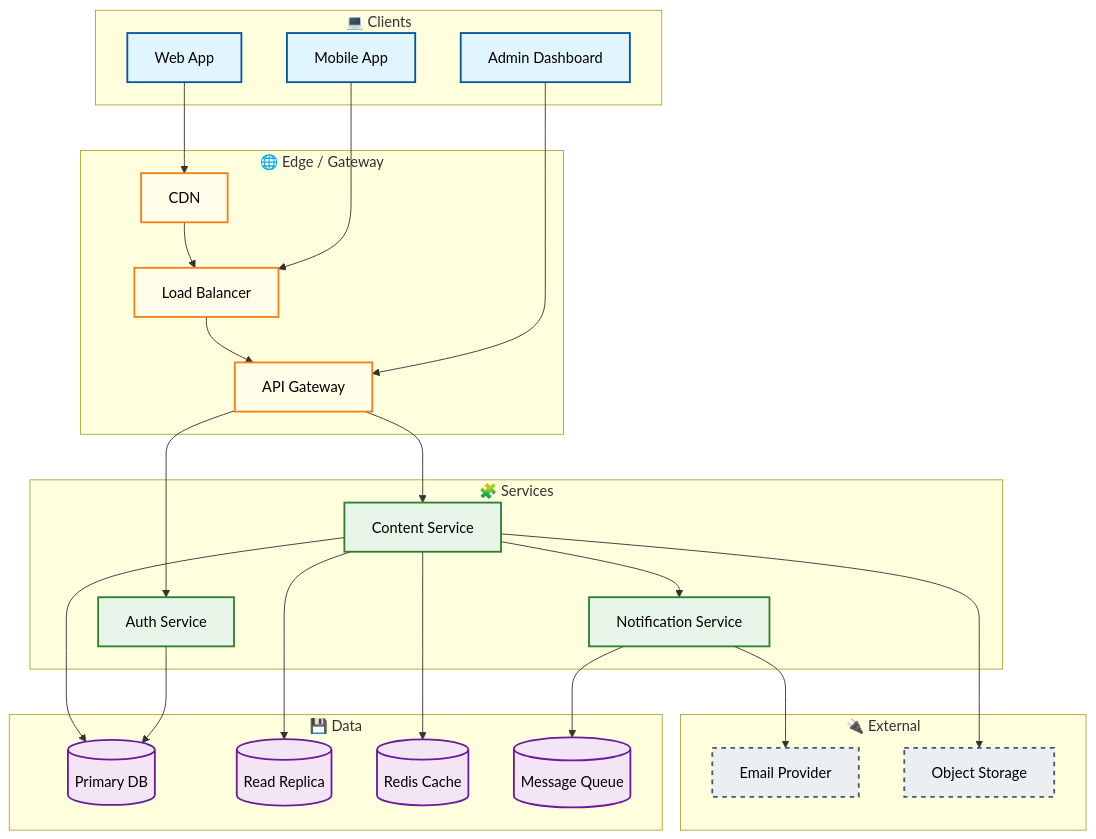
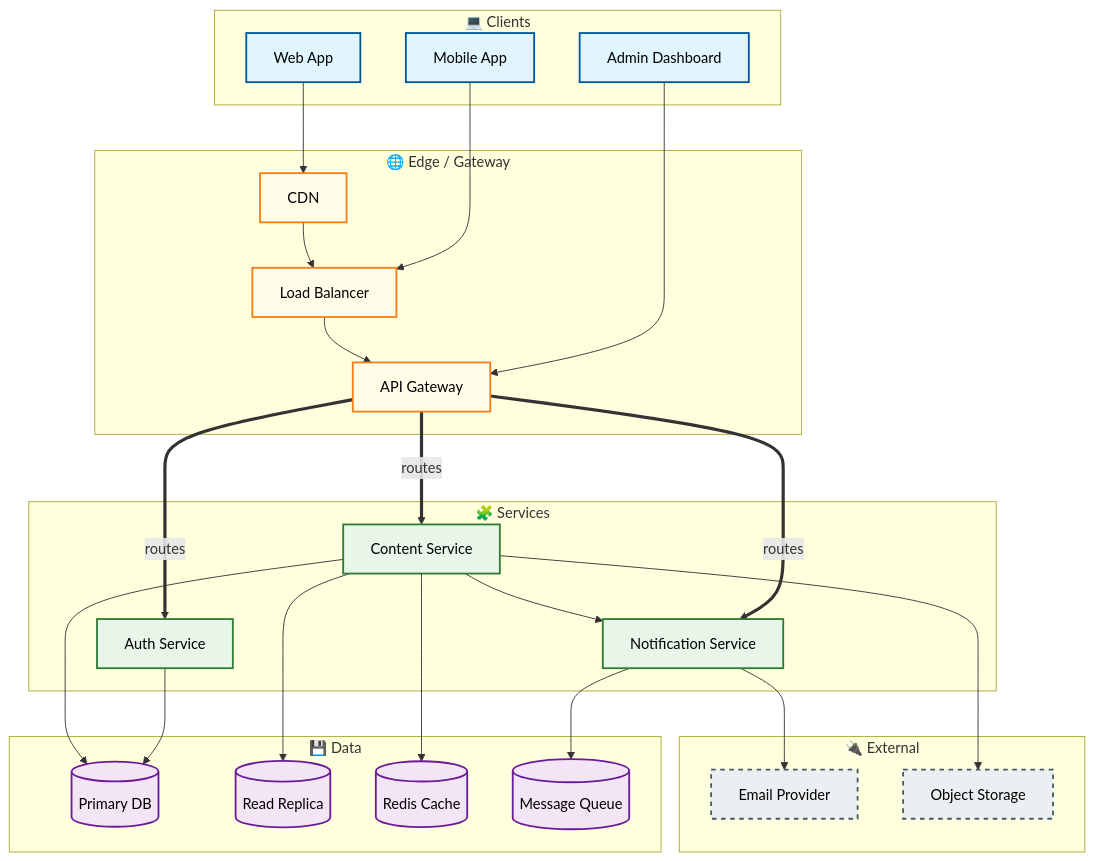
One commit to codeworksID/everything-backend changed diagram 12 of 15 in .agents/skills/backend-visualize/SKILL.md. Above: the diagram before and after it, drawn with Mermaid. The commit also changed other lines of this file, not shown here.

Commit message:
fixed backedn visualize with mermaid

````diff
--- a/.agents/skills/backend-visualize/SKILL.md
+++ b/.agents/skills/backend-visualize/SKILL.md
@@ -393,60 +528,59 @@
 ```mermaid
 graph TD
     subgraph Clients["💻 Clients"]
         Web[Web App]
         Mobile[Mobile App]
         Admin[Admin Dashboard]
     end
 
     subgraph Edge["🌐 Edge / Gateway"]
         CDN[CDN]
         LB[Load Balancer]
         GW[API Gateway]
     end
 
     subgraph Services["🧩 Services"]
         Auth[Auth Service]
         Content[Content Service]
         Notification[Notification Service]
     end
 
     subgraph Data["💾 Data"]
         DB[(Primary DB)]
         Replica[(Read Replica)]
         Cache[(Redis Cache)]
         Queue[(Message Queue)]
     end
 
     subgraph External["🔌 External"]
         Email[Email Provider]
         Storage[Object Storage]
     end
 
     Web --> CDN
     Mobile --> LB
     Admin --> GW
     CDN --> LB
     LB --> GW
-    GW --> Auth
-    GW --> Content
+    GW ==>|routes| Auth & Content & Notification
     Content --> Notification
     Auth --> DB
     Content --> DB
     Content --> Replica
     Content --> Cache
     Notification --> Queue
     Notification --> Email
     Content --> Storage
 
     classDef client fill:#e1f5fe,stroke:#01579b,stroke-width:2px,color:#000;
     classDef edge fill:#fffde7,stroke:#f57f17,stroke-width:2px,color:#000;
     classDef service fill:#e8f5e9,stroke:#2e7d32,stroke-width:2px,color:#000;
     classDef database fill:#f3e5f5,stroke:#6a1b9a,stroke-width:2px,color:#000;
     classDef external fill:#eceff1,stroke:#455a64,stroke-width:2px,stroke-dasharray: 5 5,color:#000;
 
     class Web,Mobile,Admin client;
     class CDN,LB,GW edge;
     class Auth,Content,Notification service;
     class DB,Replica,Cache,Queue database;
     class Email,Storage external;
 ```
````
